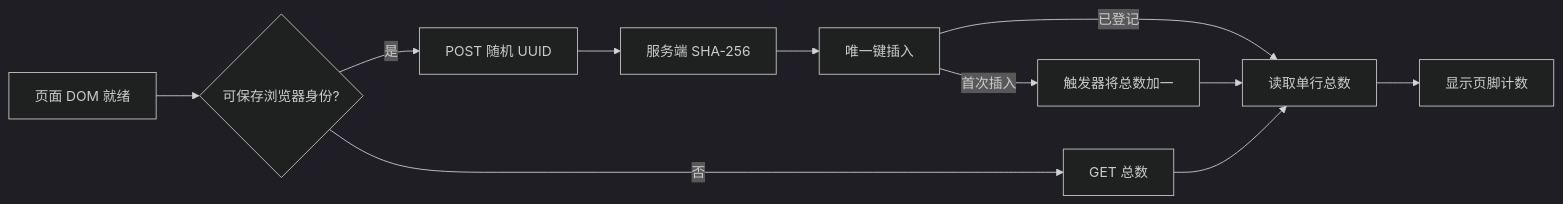
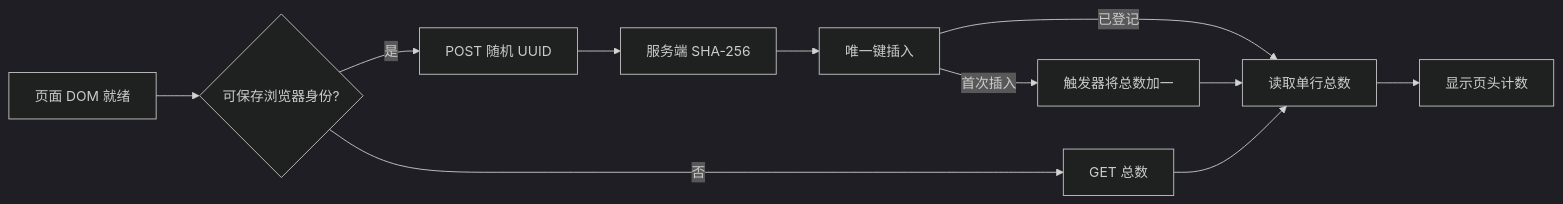
One commit to CloudyMoonShape/wuwa-lightstick changed the diagram in docs/VISITORS.md. Above: the diagram before and after it, drawn with Mermaid (dark theme). The commit also changed other lines of this file and 9 other files, not shown here.

````diff
--- a/docs/VISITORS.md
+++ b/docs/VISITORS.md
@@ -7,13 +7,13 @@
 ```mermaid
 flowchart LR
   A[页面 DOM 就绪] --> B{可保存浏览器身份?}
   B -->|是| C[POST 随机 UUID]
   B -->|否| D[GET 总数]
   C --> E[服务端 SHA-256]
   E --> F[唯一键插入]
   F -->|首次插入| G[触发器将总数加一]
   F -->|已登记| H[读取单行总数]
   G --> H
   D --> H
-  H --> I[显示页脚计数]
+  H --> I[显示页头计数]
 ```
````
